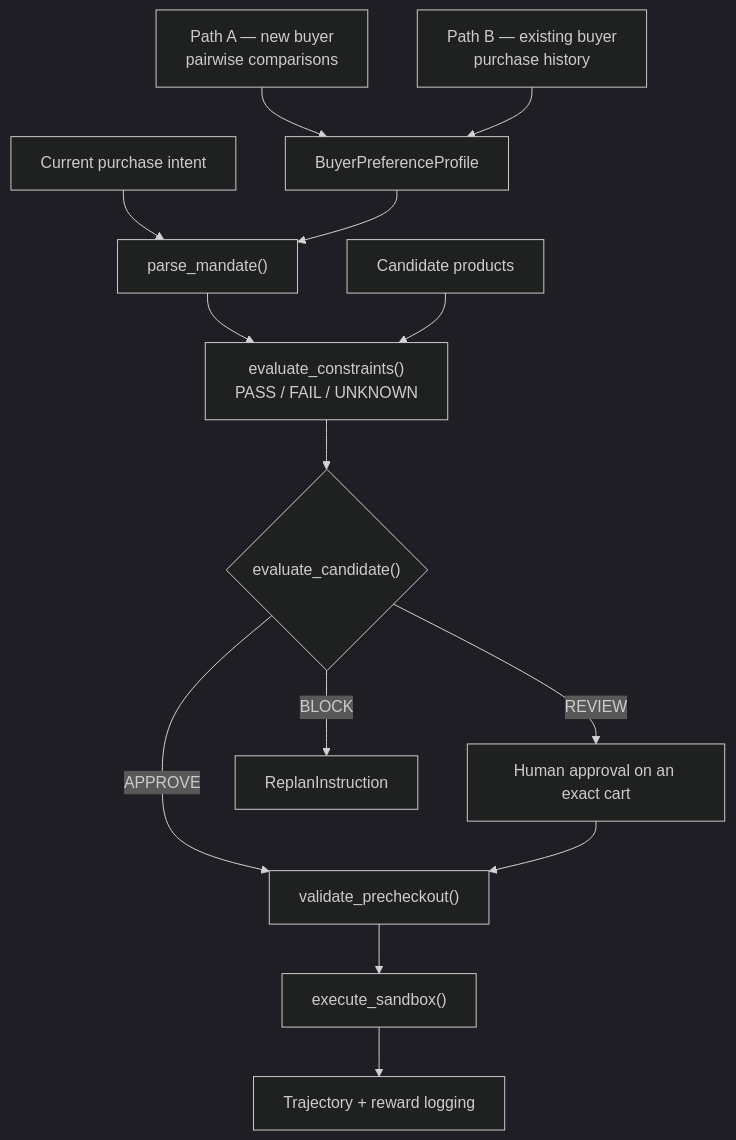
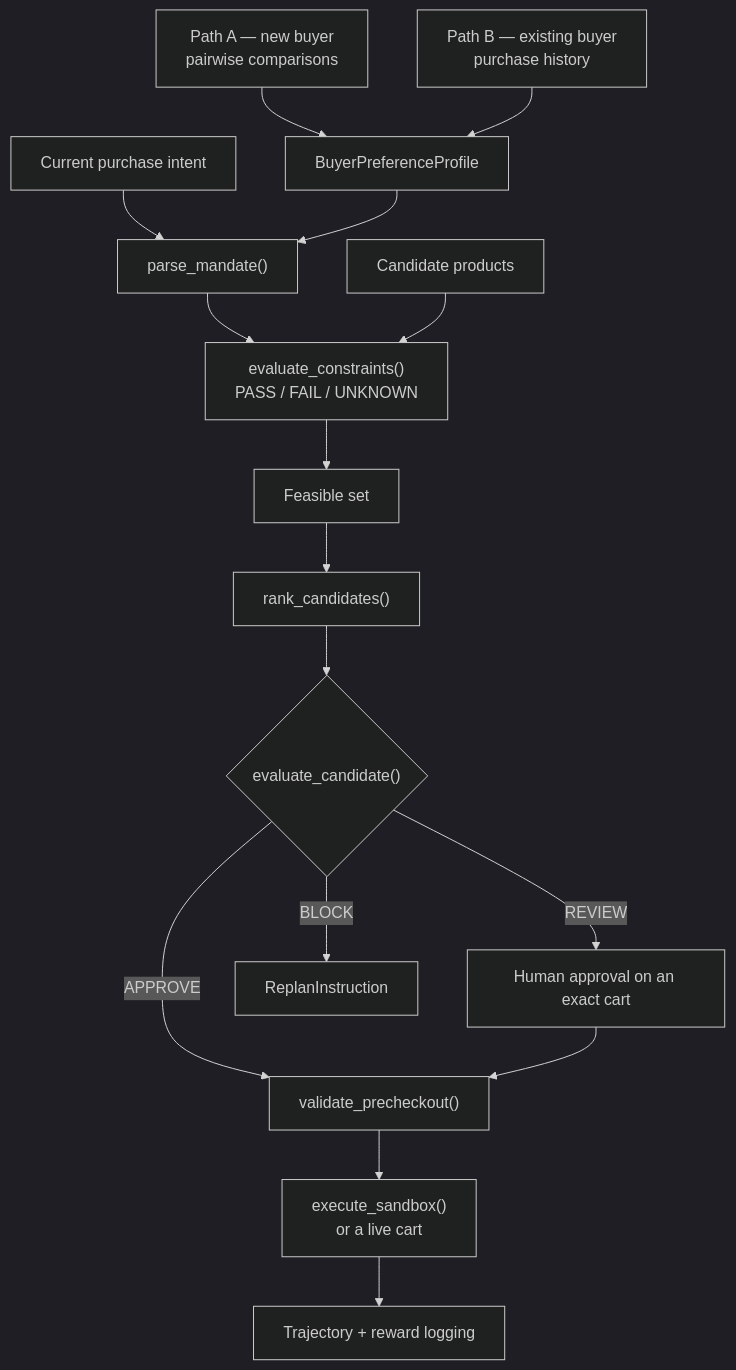
One commit to sasap91/buyeragent changed the diagram in README.md. Above: the diagram before and after it, drawn with Mermaid (dark theme). The commit also changed other lines of this file, not shown here.

````diff
--- a/README.md
+++ b/README.md
@@ -34,16 +33,18 @@
 ```mermaid
 flowchart TD
     A["Path A — new buyer<br/>pairwise comparisons"] --> P[BuyerPreferenceProfile]
     B["Path B — existing buyer<br/>purchase history"] --> P
     I[Current purchase intent] --> M
     P --> M["parse_mandate()"]
     M --> E["evaluate_constraints()<br/>PASS / FAIL / UNKNOWN"]
     C[Candidate products] --> E
-    E --> D{"evaluate_candidate()"}
+    E --> F[Feasible set]
+    F --> R["rank_candidates()"]
+    R --> D{"evaluate_candidate()"}
     D -->|APPROVE| V["validate_precheckout()"]
     D -->|REVIEW| H[Human approval on an exact cart]
-    D -->|BLOCK| R[ReplanInstruction]
+    D -->|BLOCK| RP[ReplanInstruction]
     H --> V
-    V --> X["execute_sandbox()"]
-    X --> L["Trajectory + reward logging"]
+    V --> X["execute_sandbox()<br/>or a live cart"]
+    X --> L[Trajectory + reward logging]
 ```
````
